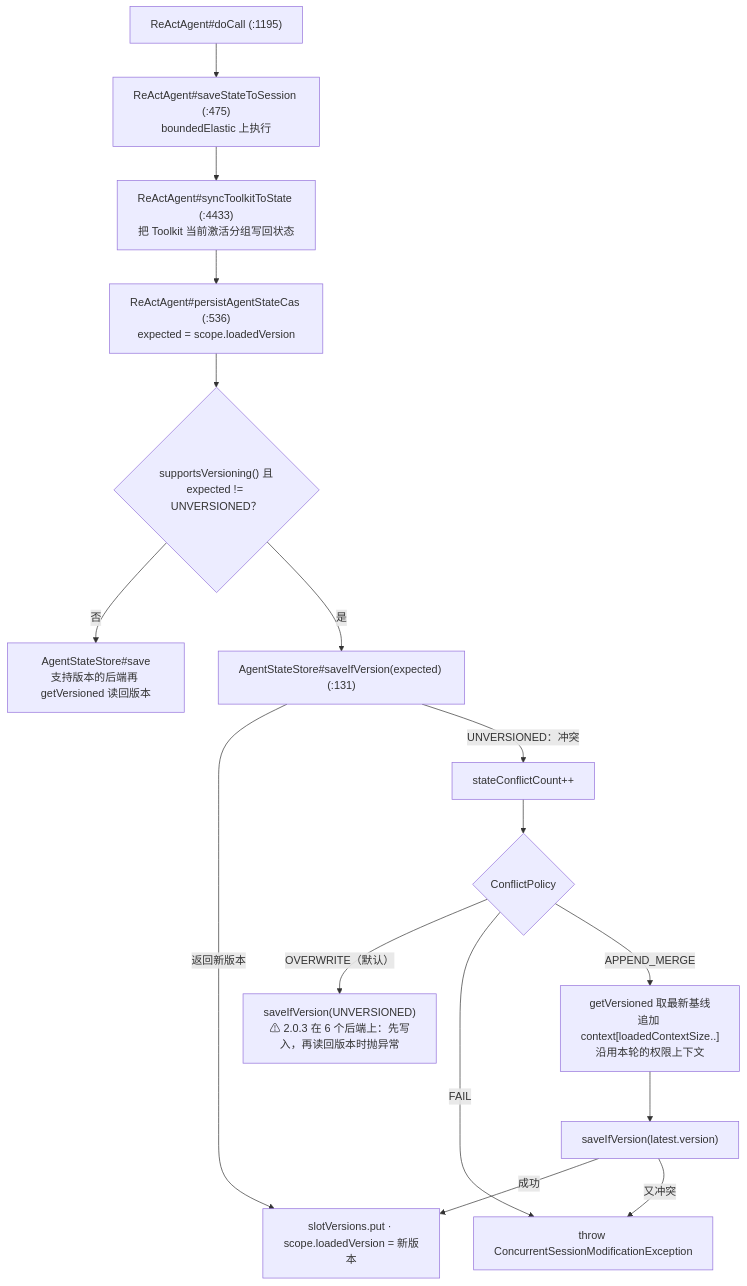
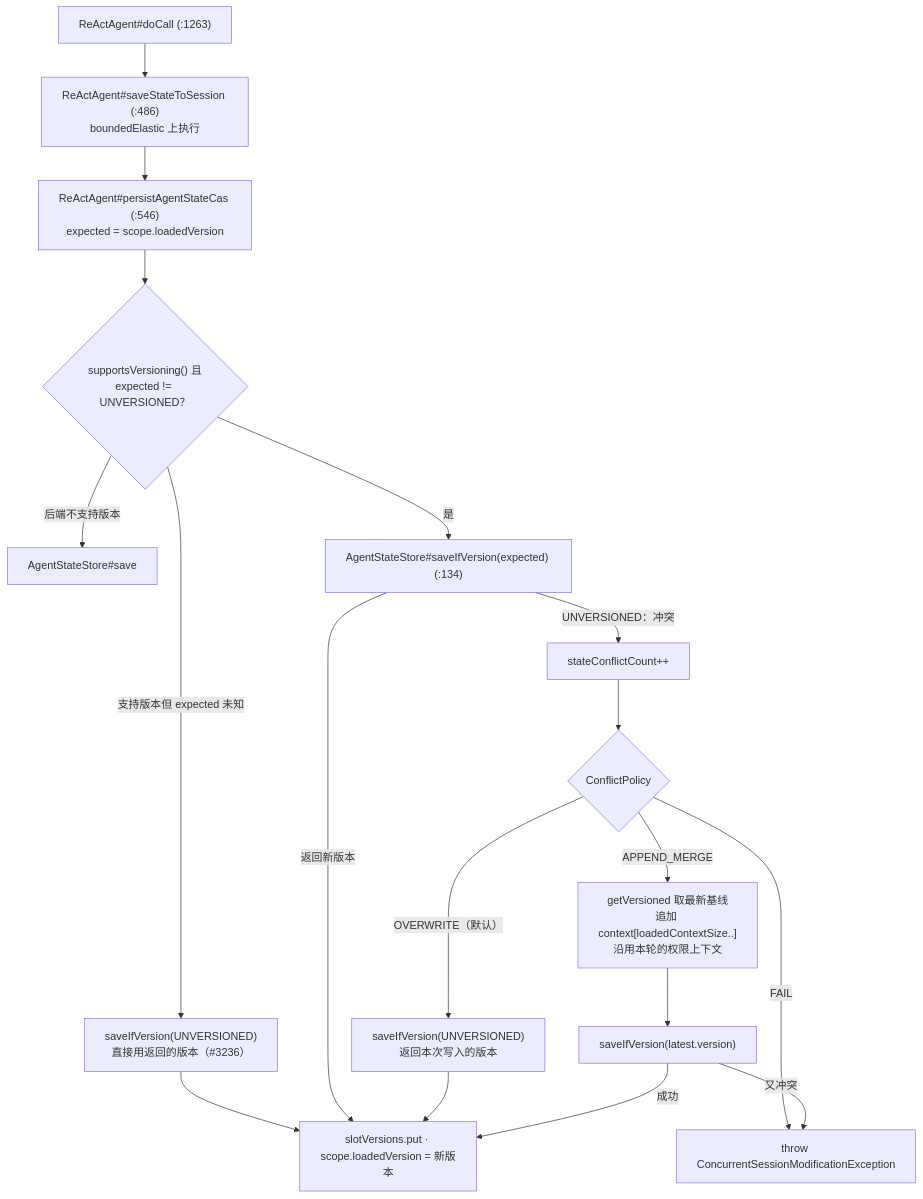
The fifth of 5 diagrams in 02-消息与状态模型.md (liulangjietou/AgentScope-source-analysis), drawn with Mermaid before and after one commit. The commit also changed other lines of this file, not shown here.

First line of the commit message:
docs(ch02): sync message and state model to upstream main e9721285

````diff
--- a/02-消息与状态模型.md
+++ b/02-消息与状态模型.md
@@ -253,18 +315,20 @@
 ```mermaid
 flowchart TB
-    DC["ReActAgent#doCall (:1195)"] --> SS["ReActAgent#saveStateToSession (:475)<br/>boundedElastic 上执行"]
-    SS --> SYNC["ReActAgent#syncToolkitToState (:4433)<br/>把 Toolkit 当前激活分组写回状态"]
-    SYNC --> CAS["ReActAgent#persistAgentStateCas (:536)<br/>expected = scope.loadedVersion"]
+    DC["ReActAgent#doCall (:1263)"] --> SS["ReActAgent#saveStateToSession (:486)<br/>boundedElastic 上执行"]
+    SS --> CAS["ReActAgent#persistAgentStateCas (:546)<br/>expected = scope.loadedVersion"]
     CAS --> V{"supportsVersioning() 且<br/>expected != UNVERSIONED？"}
-    V -->|"否"| PLAIN["AgentStateStore#save<br/>支持版本的后端再 getVersioned 读回版本"]
-    V -->|"是"| SIV["AgentStateStore#saveIfVersion(expected) (:131)"]
+    V -->|"后端不支持版本"| PLAIN["AgentStateStore#save"]
+    V -->|"支持版本但 expected 未知"| UNC["saveIfVersion(UNVERSIONED)<br/>直接用返回的版本（#3236）"]
+    V -->|"是"| SIV["AgentStateStore#saveIfVersion(expected) (:134)"]
+    UNC --> OK
     SIV -->|"返回新版本"| OK["slotVersions.put · scope.loadedVersion = 新版本"]
     SIV -->|"UNVERSIONED：冲突"| CNT["stateConflictCount++"]
     CNT --> POL{"ConflictPolicy"}
-    POL -->|"OVERWRITE（默认）"| OW["saveIfVersion(UNVERSIONED)<br/>⚠ 2.0.3 在 6 个后端上：先写入，再读回版本时抛异常"]
+    POL -->|"OVERWRITE（默认）"| OW["saveIfVersion(UNVERSIONED)<br/>返回本次写入的版本"]
+    OW --> OK
     POL -->|"FAIL"| FAIL["throw ConcurrentSessionModificationException"]
     POL -->|"APPEND_MERGE"| AM["getVersioned 取最新基线<br/>追加 context[loadedContextSize..]<br/>沿用本轮的权限上下文"]
     AM --> AM2["saveIfVersion(latest.version)"]
     AM2 -->|"成功"| OK
     AM2 -->|"又冲突"| FAIL
 ```
````
